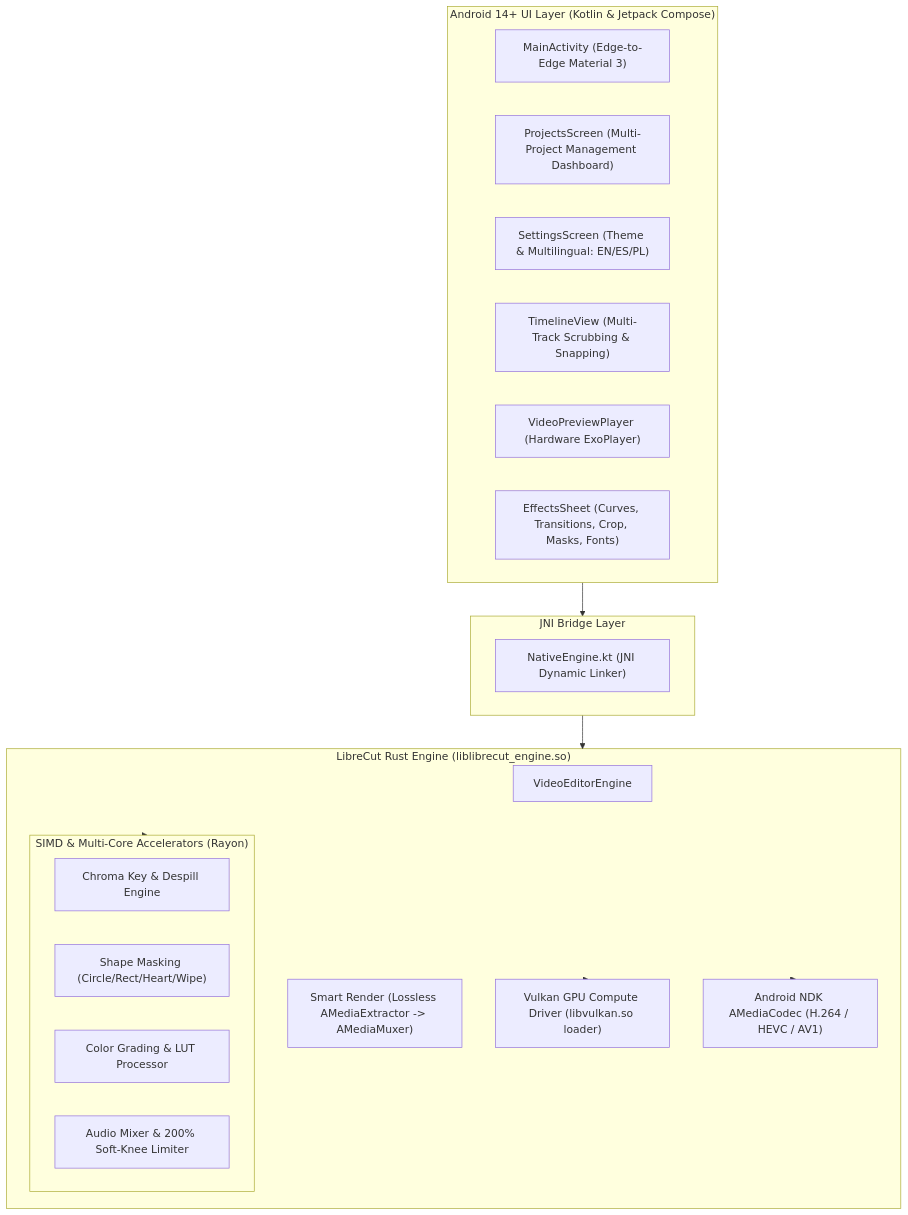
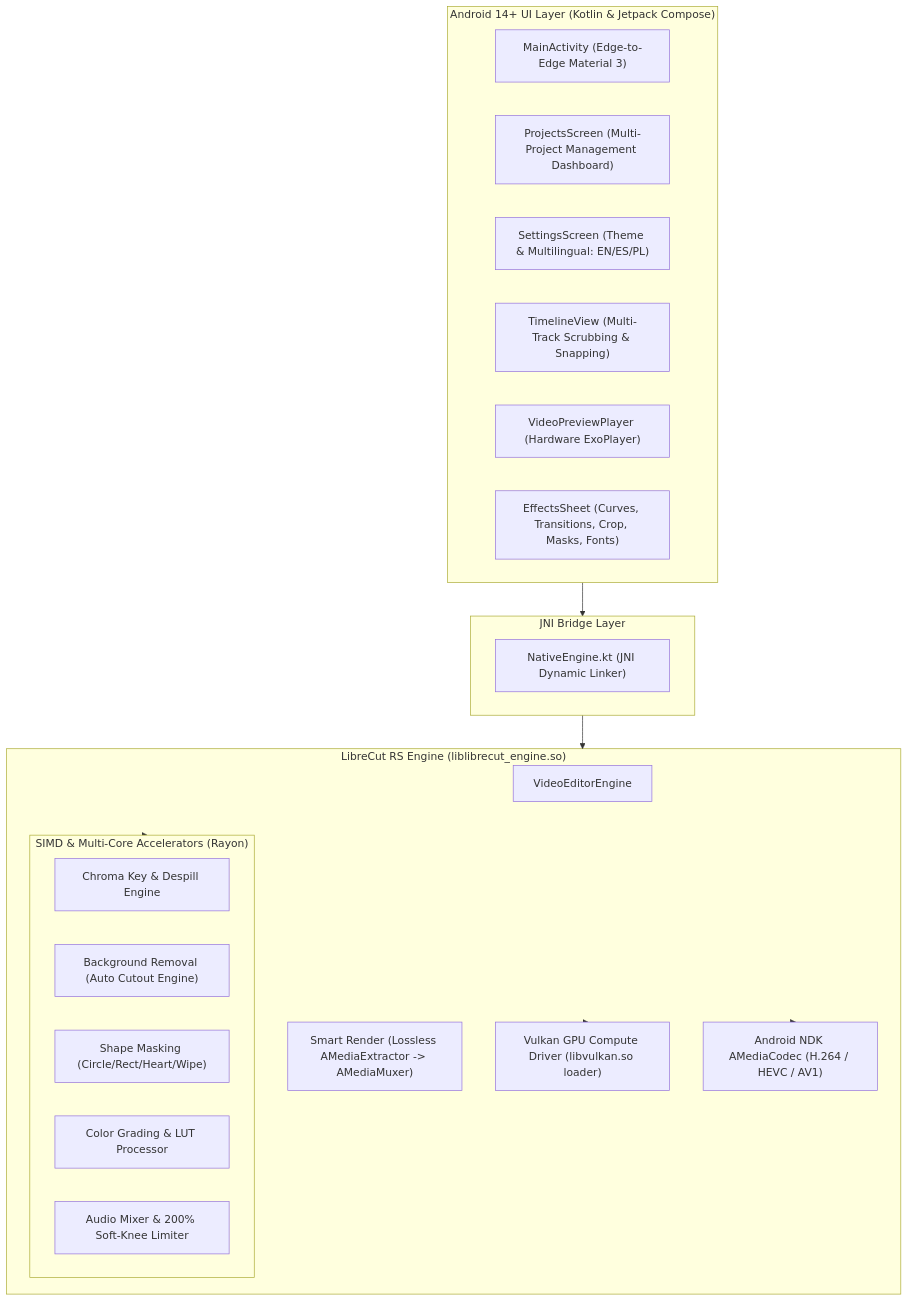
One commit to PolskieWin/librecuts-rust changed the diagram in README.md. Above: the diagram before and after it, drawn with Mermaid. The commit also changed other lines of this file and 22 other files, not shown here.

Commit message:
feat(v2.4.0): LibreCut RS overhaul - blue theme, auto-captions, animations, cutout, 4GB limit, and polish

````diff
--- a/README.md
+++ b/README.md
@@ -28,36 +29,37 @@
 ```mermaid
 flowchart TD
     subgraph UI ["Android 14+ UI Layer (Kotlin & Jetpack Compose)"]
         Activity["MainActivity (Edge-to-Edge Material 3)"]
         ProjectsUI["ProjectsScreen (Multi-Project Management Dashboard)"]
         SettingsUI["SettingsScreen (Theme & Multilingual: EN/ES/PL)"]
         Timeline["TimelineView (Multi-Track Scrubbing & Snapping)"]
         Preview["VideoPreviewPlayer (Hardware ExoPlayer)"]
         EffectsUI["EffectsSheet (Curves, Transitions, Crop, Masks, Fonts)"]
     end
 
     subgraph JNI ["JNI Bridge Layer"]
         NativeEngine["NativeEngine.kt (JNI Dynamic Linker)"]
     end
 
-    subgraph RustCore ["LibreCut Rust Engine (liblibrecut_engine.so)"]
+    subgraph RustCore ["LibreCut RS Engine (liblibrecut_engine.so)"]
         CoreCoord["VideoEditorEngine"]
         SmartCut["Smart Render (Lossless AMediaExtractor -> AMediaMuxer)"]
         VulkanCompute["Vulkan GPU Compute Driver (libvulkan.so loader)"]
         
         subgraph Accelerators ["SIMD & Multi-Core Accelerators (Rayon)"]
             Chroma["Chroma Key & Despill Engine"]
+            BgRemoval["Background Removal (Auto Cutout Engine)"]
             ShapeMask["Shape Masking (Circle/Rect/Heart/Wipe)"]
             Grading["Color Grading & LUT Processor"]
             AudioEngine["Audio Mixer & 200% Soft-Knee Limiter"]
         end
         
         HWCodec["Android NDK AMediaCodec (H.264 / HEVC / AV1)"]
     end
 
     UI --> JNI
     JNI --> RustCore
     RustCore --> VulkanCompute
     RustCore --> Accelerators
     RustCore --> HWCodec
 ```
````
